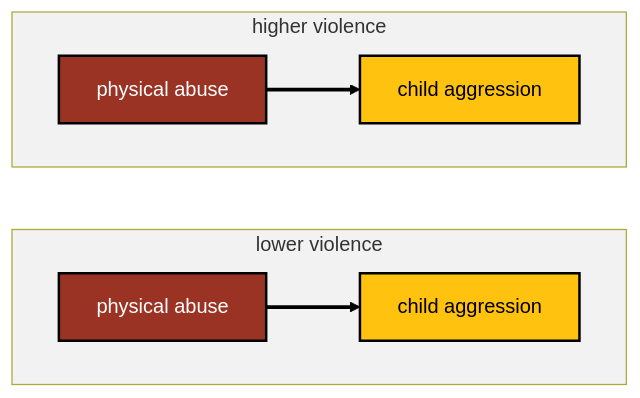
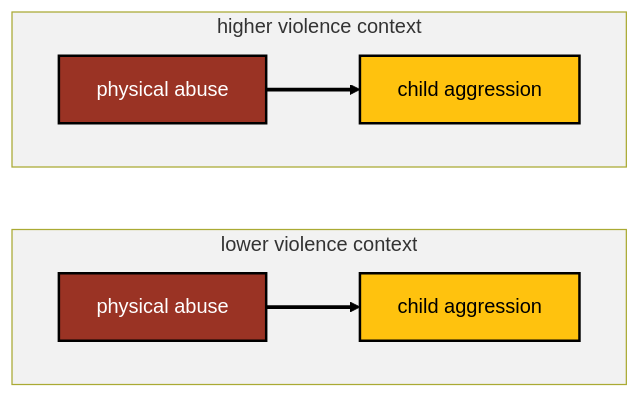
Before and after one commit to agrogan1/closeread: the fourth of 6 diagrams in normativeness-of-violence/normativeness-of-violence.qmd, drawn with Mermaid. The commit also changed other lines of this file and 1 other file, not shown here.

Commit message:
clarify higher and lower violence _context_

````diff
--- a/normativeness-of-violence/normativeness-of-violence.qmd
+++ b/normativeness-of-violence/normativeness-of-violence.qmd
@@ -253,37 +253,37 @@
 ```{mermaid}
 
 flowchart LR
 
   classDef yellow fill:#FFC20E,stroke:#000000,stroke-width:2px,color:#000000;
   
   classDef blue fill:#374EA2,stroke:#000000,stroke-width:2px,color:#FFFFFF;
   
   classDef green fill:#00833D,stroke:#000000,stroke-width:2px,color:#FFFFFF;
   
   classDef orange fill:#D86018,stroke:#000000,stroke-width:2px,color:#FFFFFF;
   
   classDef red fill:#9A3324,stroke:#000000,stroke-width:2px,color:#FFFFFF;
   
-  subgraph lowerviolence [lower violence]
+  subgraph lowerviolence [lower violence context]
   
   direction LR
 
   abuse0[physical abuse]:::red --> aggression0[child aggression]:::yellow
   
   end
   
-  subgraph higherviolence [higher violence]
+  subgraph higherviolence [higher violence context]
   
   direction LR
 
   abuse1[physical abuse]:::red --> aggression1[child aggression]:::yellow
   
   end
 
   linkStyle 0,1 stroke:#000000,stroke-width:3px,font-size:36px,color:black;
 
   style lowerviolence fill: #F2F2F2
 
   style higherviolence fill: #F2F2F2
 
 ```
````
